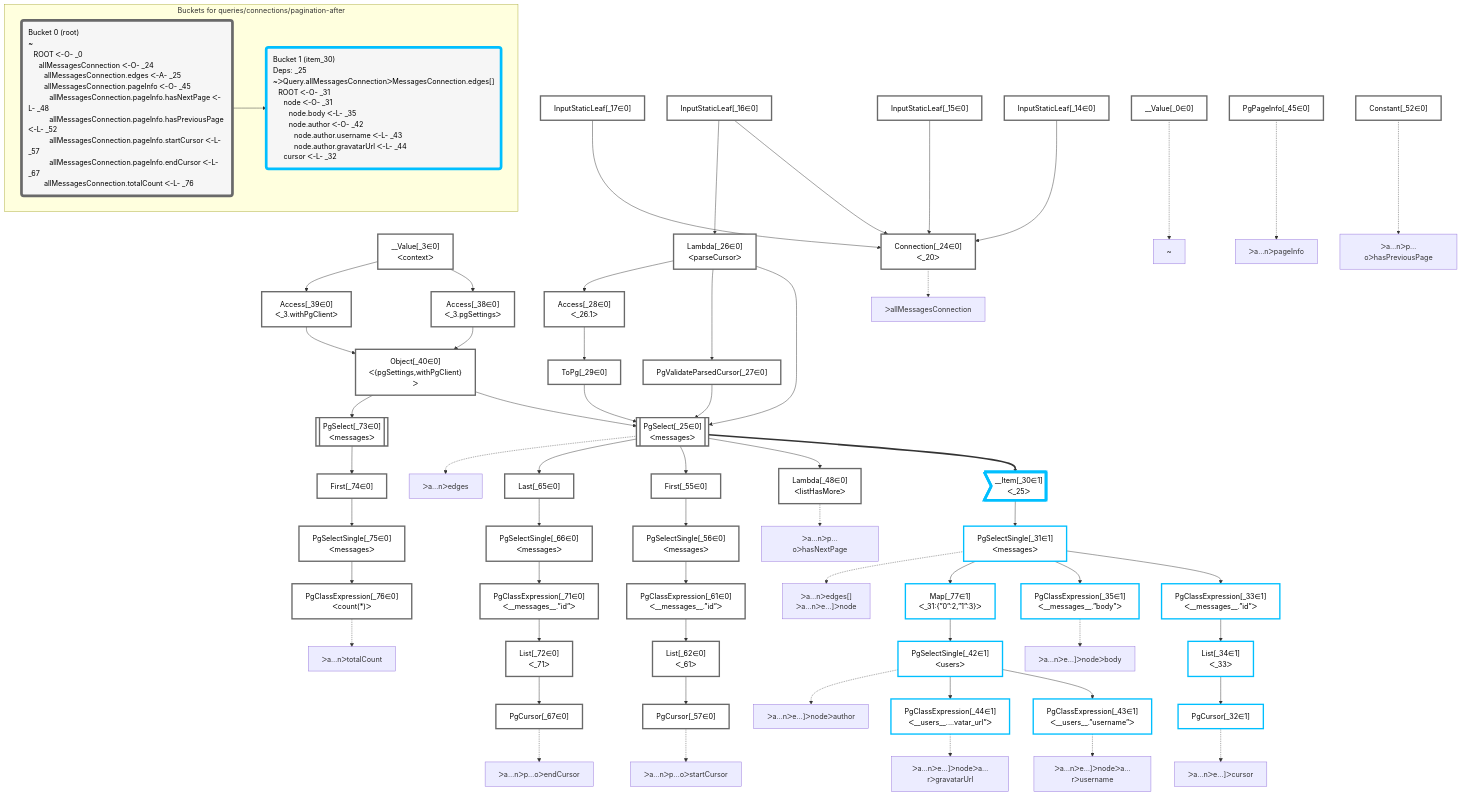
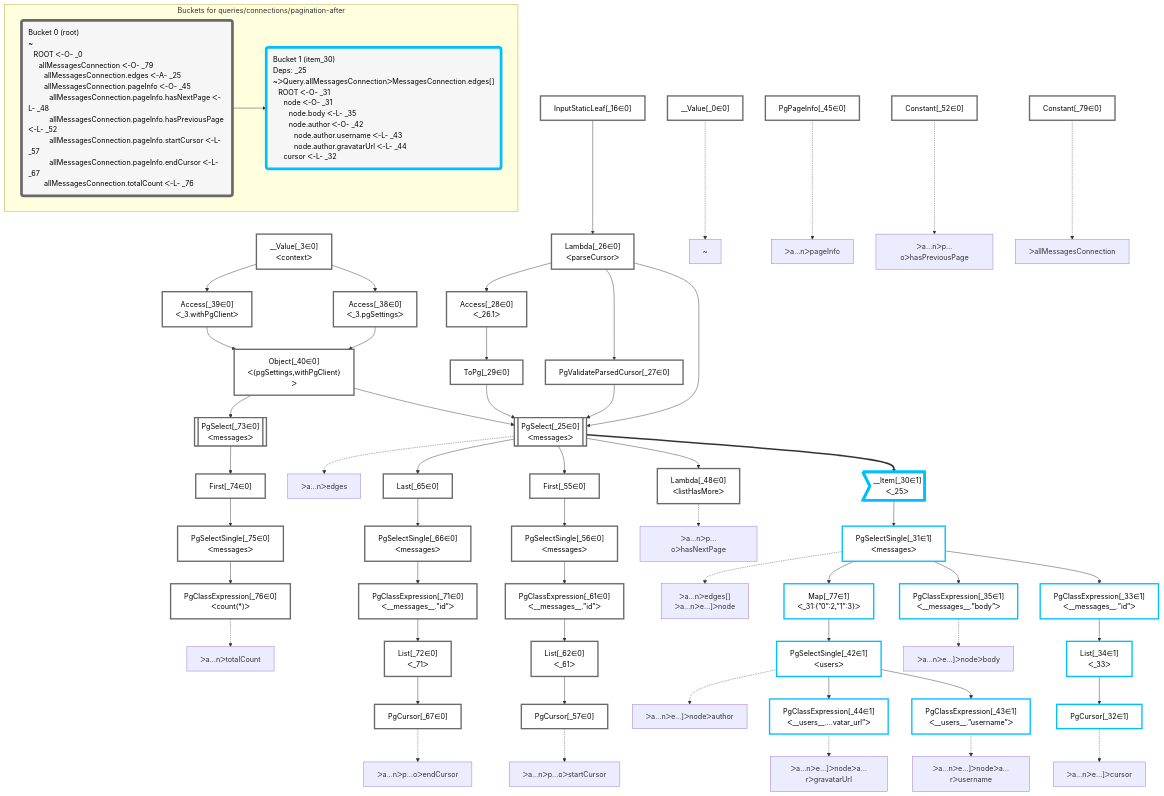
Before and after one commit to graphile/crystal: the diagram in packages/dataplan-pg/__tests__/queries/connections/pagination-after.mermaid.md, drawn with Mermaid. The commit also changed 57 other files, not shown here.

```diff
--- a/packages/dataplan-pg/__tests__/queries/connections/pagination-after.mermaid.md
+++ b/packages/dataplan-pg/__tests__/queries/connections/pagination-after.mermaid.md
@@ -39,15 +39,12 @@
     Access_38["Access[_38∈0]<br />ᐸ_3.pgSettingsᐳ"]:::plan
     Access_39["Access[_39∈0]<br />ᐸ_3.withPgClientᐳ"]:::plan
     __Value_3["__Value[_3∈0]<br />ᐸcontextᐳ"]:::plan
-    Connection_24["Connection[_24∈0]<br />ᐸ_20ᐳ"]:::plan
-    InputStaticLeaf_14["InputStaticLeaf[_14∈0]"]:::plan
-    InputStaticLeaf_15["InputStaticLeaf[_15∈0]"]:::plan
     PgValidateParsedCursor_27["PgValidateParsedCursor[_27∈0]"]:::plan
     ToPg_29["ToPg[_29∈0]"]:::plan
     Access_28["Access[_28∈0]<br />ᐸ_26.1ᐳ"]:::plan
     Lambda_26["Lambda[_26∈0]<br />ᐸparseCursorᐳ"]:::plan
     InputStaticLeaf_16["InputStaticLeaf[_16∈0]"]:::plan
-    InputStaticLeaf_17["InputStaticLeaf[_17∈0]"]:::plan
+    Constant_79["Constant[_79∈0]"]:::plan
     PgPageInfo_45["PgPageInfo[_45∈0]"]:::plan
     Constant_52["Constant[_52∈0]"]:::plan
 
@@ -81,7 +78,6 @@
     Access_38 & Access_39 --> Object_40
     __Value_3 --> Access_38
     __Value_3 --> Access_39
-    InputStaticLeaf_14 & InputStaticLeaf_15 & InputStaticLeaf_16 & InputStaticLeaf_17 --> Connection_24
     Lambda_26 --> PgValidateParsedCursor_27
     Access_28 --> ToPg_29
     Lambda_26 --> Access_28
@@ -90,8 +86,6 @@
     %% plan-to-path relationships
     P_0["~"]
     __Value_0 -.-> P_0
-    P_24["ᐳallMessagesConnection"]
-    Connection_24 -.-> P_24
     P_25["ᐳa…nᐳedges"]
     PgSelect_25 -.-> P_25
     P_31["ᐳa…nᐳedges[]<br />ᐳa…nᐳe…]ᐳnode"]
@@ -118,11 +112,13 @@
     PgCursor_67 -.-> P_67
     P_76["ᐳa…nᐳtotalCount"]
     PgClassExpression_76 -.-> P_76
+    P_79["ᐳallMessagesConnection"]
+    Constant_79 -.-> P_79
 
     subgraph "Buckets for queries/connections/pagination-after"
-    Bucket0("Bucket 0 (root)<br />~<br />⠀ROOT ᐸ-O- _0<br />⠀⠀allMessagesConnection ᐸ-O- _24<br />⠀⠀⠀allMessagesConnection.edges ᐸ-A- _25<br />⠀⠀⠀allMessagesConnection.pageInfo ᐸ-O- _45<br />⠀⠀⠀⠀allMessagesConnection.pageInfo.hasNextPage ᐸ-L- _48<br />⠀⠀⠀⠀allMessagesConnection.pageInfo.hasPreviousPage ᐸ-L- _52<br />⠀⠀⠀⠀allMessagesConnection.pageInfo.startCursor ᐸ-L- _57<br />⠀⠀⠀⠀allMessagesConnection.pageInfo.endCursor ᐸ-L- _67<br />⠀⠀⠀allMessagesConnection.totalCount ᐸ-L- _76"):::bucket
+    Bucket0("Bucket 0 (root)<br />~<br />⠀ROOT ᐸ-O- _0<br />⠀⠀allMessagesConnection ᐸ-O- _79<br />⠀⠀⠀allMessagesConnection.edges ᐸ-A- _25<br />⠀⠀⠀allMessagesConnection.pageInfo ᐸ-O- _45<br />⠀⠀⠀⠀allMessagesConnection.pageInfo.hasNextPage ᐸ-L- _48<br />⠀⠀⠀⠀allMessagesConnection.pageInfo.hasPreviousPage ᐸ-L- _52<br />⠀⠀⠀⠀allMessagesConnection.pageInfo.startCursor ᐸ-L- _57<br />⠀⠀⠀⠀allMessagesConnection.pageInfo.endCursor ᐸ-L- _67<br />⠀⠀⠀allMessagesConnection.totalCount ᐸ-L- _76"):::bucket
     classDef bucket0 stroke:#696969
-    class Bucket0,__Value_0,__Value_3,InputStaticLeaf_14,InputStaticLeaf_15,InputStaticLeaf_16,InputStaticLeaf_17,Connection_24,PgSelect_25,Lambda_26,PgValidateParsedCursor_27,Access_28,ToPg_29,Access_38,Access_39,Object_40,PgPageInfo_45,Lambda_48,Constant_52,First_55,PgSelectSingle_56,PgCursor_57,PgClassExpression_61,List_62,Last_65,PgSelectSingle_66,PgCursor_67,PgClassExpression_71,List_72,PgSelect_73,First_74,PgSelectSingle_75,PgClassExpression_76 bucket0
+    class Bucket0,__Value_0,__Value_3,InputStaticLeaf_16,PgSelect_25,Lambda_26,PgValidateParsedCursor_27,Access_28,ToPg_29,Access_38,Access_39,Object_40,PgPageInfo_45,Lambda_48,Constant_52,First_55,PgSelectSingle_56,PgCursor_57,PgClassExpression_61,List_62,Last_65,PgSelectSingle_66,PgCursor_67,PgClassExpression_71,List_72,PgSelect_73,First_74,PgSelectSingle_75,PgClassExpression_76,Constant_79 bucket0
     Bucket1("Bucket 1 (item_30)<br />Deps: _25<br />~ᐳQuery.allMessagesConnectionᐳMessagesConnection.edges[]<br />⠀ROOT ᐸ-O- _31<br />⠀⠀node ᐸ-O- _31<br />⠀⠀⠀node.body ᐸ-L- _35<br />⠀⠀⠀node.author ᐸ-O- _42<br />⠀⠀⠀⠀node.author.username ᐸ-L- _43<br />⠀⠀⠀⠀node.author.gravatarUrl ᐸ-L- _44<br />⠀⠀cursor ᐸ-L- _32"):::bucket
     classDef bucket1 stroke:#00bfff
     class Bucket1,__Item_30,PgSelectSingle_31,PgCursor_32,PgClassExpression_33,List_34,PgClassExpression_35,PgSelectSingle_42,PgClassExpression_43,PgClassExpression_44,Map_77 bucket1
```
